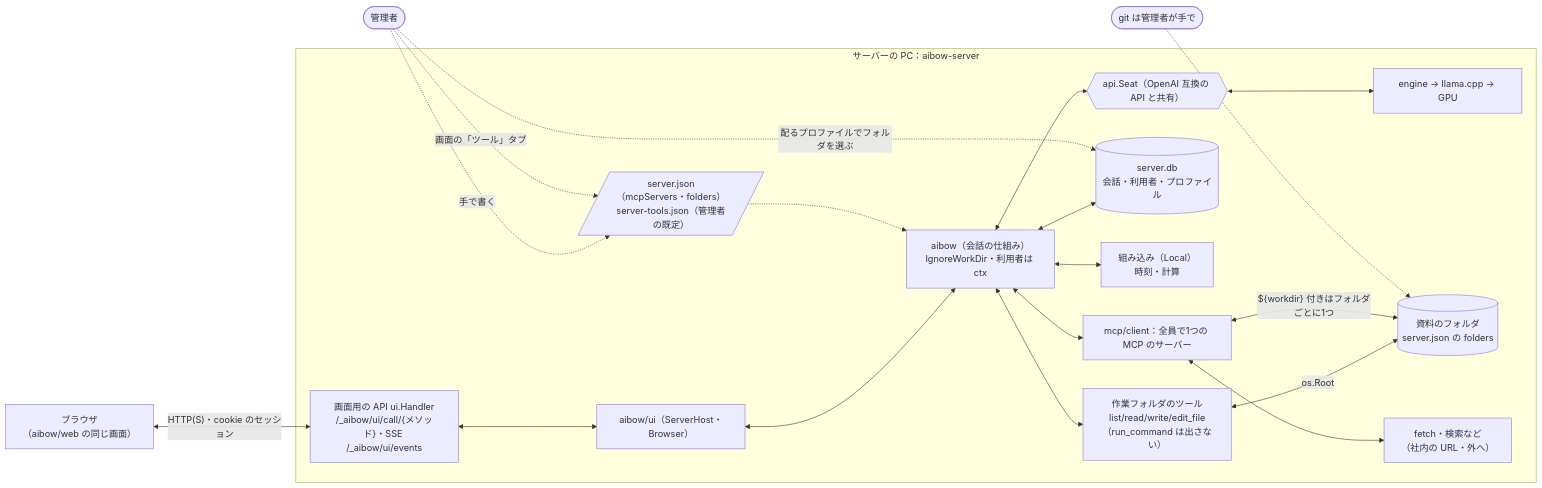
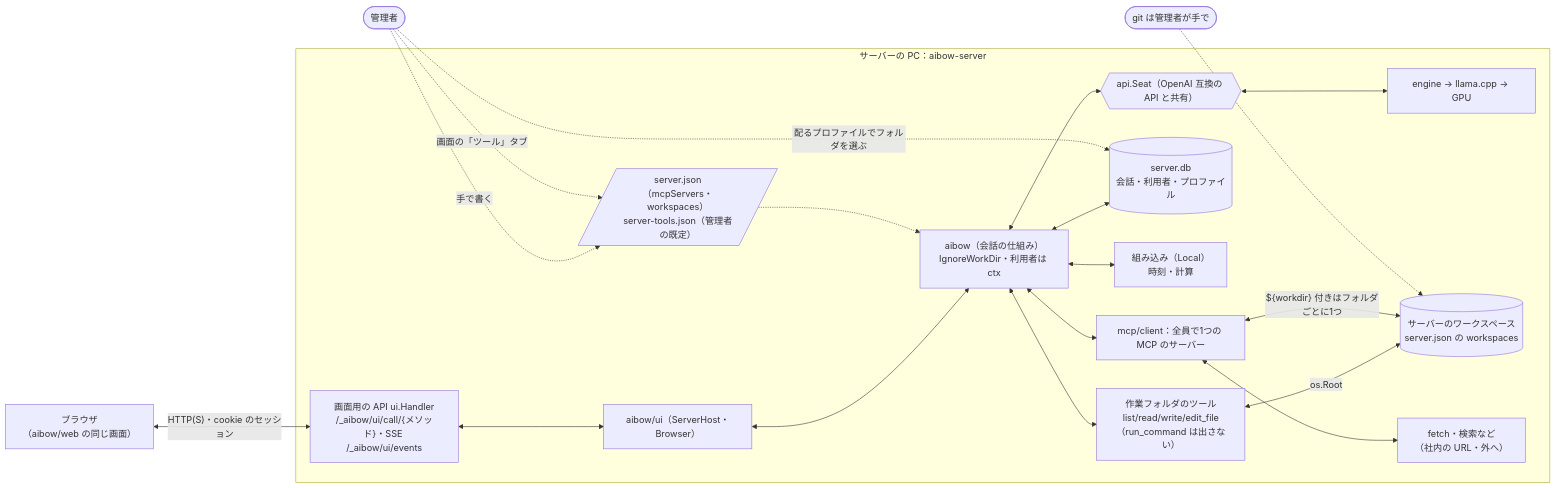
The third of 7 diagrams in _docs/diagrams.md (secondarykey/aibow), drawn with Mermaid before and after one commit. The commit also changed other lines of this file and 13 other files, not shown here.

````diff
--- a/_docs/diagrams.md
+++ b/_docs/diagrams.md
@@ -94,25 +94,25 @@
 ```mermaid
 flowchart LR
   BR["ブラウザ<br/>（aibow/web の同じ画面）"]
 
   subgraph SRV["サーバーの PC：aibow-server"]
     H["画面用の API ui.Handler<br/>/_aibow/ui/call/{メソッド}・SSE /_aibow/ui/events"]
     H <--> SVC["aibow/ui（ServerHost・Browser）"]
     SVC <--> CONV["aibow（会話の仕組み）<br/>IgnoreWorkDir・利用者は ctx"]
     CONV <--> SEAT{{"api.Seat（OpenAI 互換の API と共有）"}} <--> ENG["engine → llama.cpp → GPU"]
     CONV <--> SDB[("server.db<br/>会話・利用者・プロファイル")]
     CONV <--> LOC["組み込み（Local）<br/>時刻・計算"]
     CONV <--> FT["作業フォルダのツール<br/>list/read/write/edit_file<br/>（run_command は出さない）"]
     CONV <--> MCPC["mcp/client：全員で1つの MCP のサーバー"]
-    FT <-->|"os.Root"| FOL[("資料のフォルダ<br/>server.json の folders")]
+    FT <-->|"os.Root"| FOL[("サーバーのワークスペース<br/>server.json の workspaces")]
     MCPC <-->|"${workdir} 付きはフォルダごとに1つ"| FOL
     MCPC <--> NET["fetch・検索など<br/>（社内の URL・外へ）"]
-    CFG[/"server.json（mcpServers・folders）<br/>server-tools.json（管理者の既定）"/] -.-> CONV
+    CFG[/"server.json（mcpServers・workspaces）<br/>server-tools.json（管理者の既定）"/] -.-> CONV
   end
 
   BR <-->|"HTTP(S)・cookie のセッション"| H
   ADMIN(["管理者"]) -. 手で書く .-> CFG
   ADMIN -. 画面の「ツール」タブ .-> CFG
   ADMIN -. 配るプロファイルでフォルダを選ぶ .-> SDB
   GIT(["git は管理者が手で"]) -.-> FOL
 ```
````
